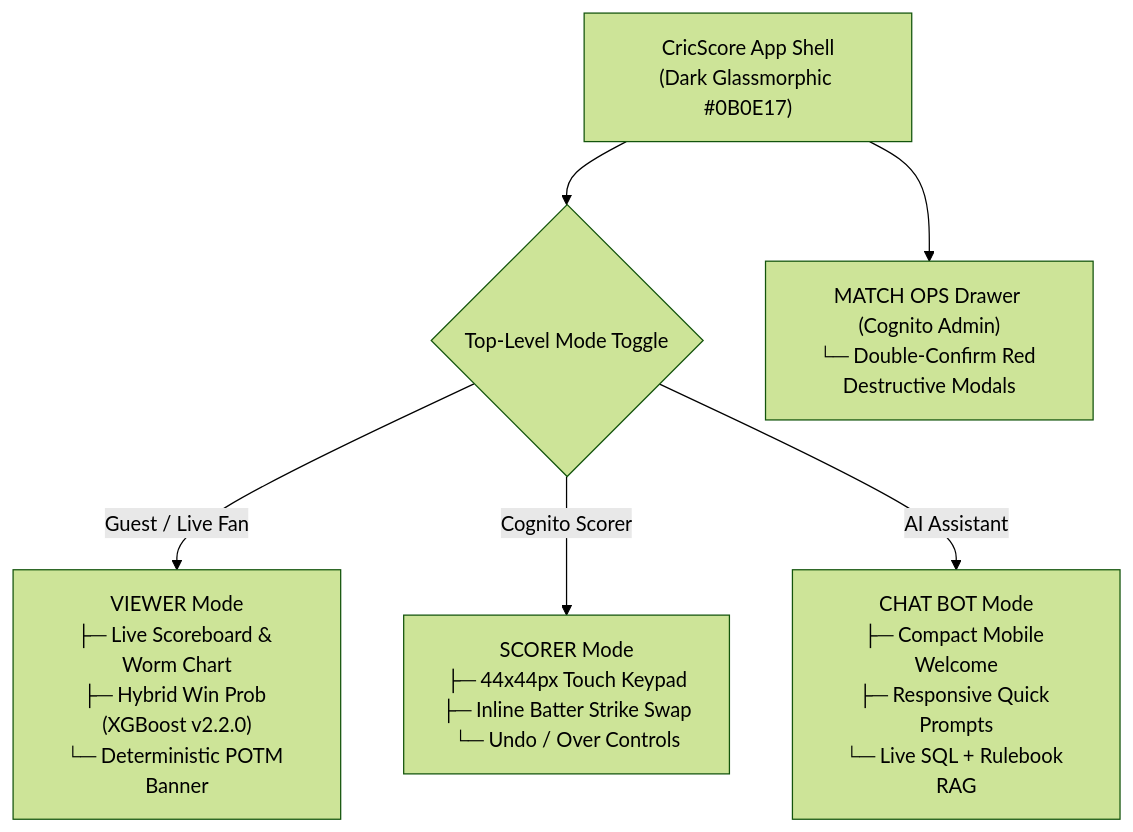
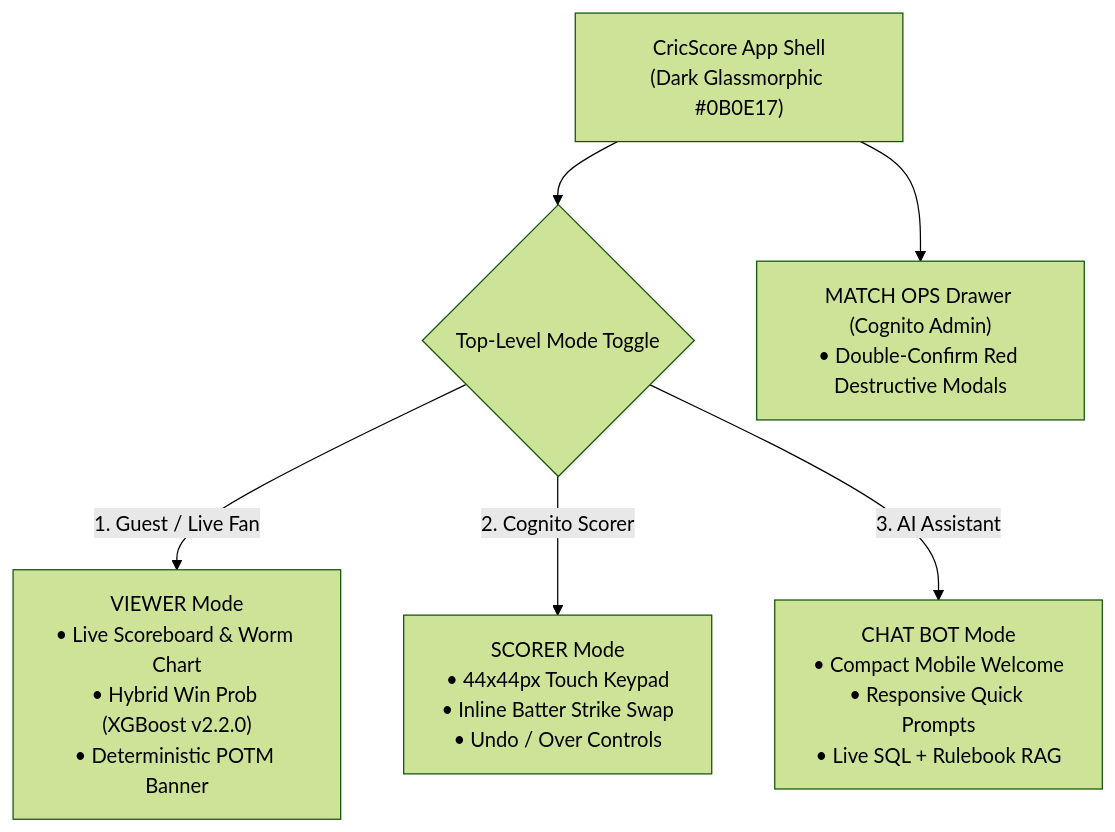
One commit to venkatesh-singamsetty/cricscore changed the diagram in docs/ui_ux_refinement_checklist.md. Above: the diagram before and after it, drawn with Mermaid (forest theme). The commit also changed other lines of this file and 43 other files, not shown here.

````diff
--- a/docs/ui_ux_refinement_checklist.md
+++ b/docs/ui_ux_refinement_checklist.md
@@ -9,8 +9,8 @@
 ```mermaid
 flowchart TD
     Shell["CricScore App Shell\n(Dark Glassmorphic #0B0E17)"] --> Modes{"Top-Level Mode Toggle"}
-    Modes -->|Guest / Live Fan| Viewer["VIEWER Mode\n├─ Live Scoreboard & Worm Chart\n├─ Hybrid Win Prob (XGBoost v2.2.0)\n└─ Deterministic POTM Banner"]
-    Modes -->|Cognito Scorer| Scorer["SCORER Mode\n├─ 44x44px Touch Keypad\n├─ Inline Batter Strike Swap\n└─ Undo / Over Controls"]
-    Modes -->|AI Assistant| Chat["CHAT BOT Mode\n├─ Compact Mobile Welcome\n├─ Responsive Quick Prompts\n└─ Live SQL + Rulebook RAG"]
-    Shell --> Admin["MATCH OPS Drawer (Cognito Admin)\n└─ Double-Confirm Red Destructive Modals"]
+    Modes -->|"1. Guest / Live Fan"| Viewer["VIEWER Mode\n• Live Scoreboard & Worm Chart\n• Hybrid Win Prob (XGBoost v2.2.0)\n• Deterministic POTM Banner"]
+    Modes -->|"2. Cognito Scorer"| Scorer["SCORER Mode\n• 44x44px Touch Keypad\n• Inline Batter Strike Swap\n• Undo / Over Controls"]
+    Modes -->|"3. AI Assistant"| Chat["CHAT BOT Mode\n• Compact Mobile Welcome\n• Responsive Quick Prompts\n• Live SQL + Rulebook RAG"]
+    Shell --> Admin["MATCH OPS Drawer (Cognito Admin)\n• Double-Confirm Red Destructive Modals"]
 ```
````
